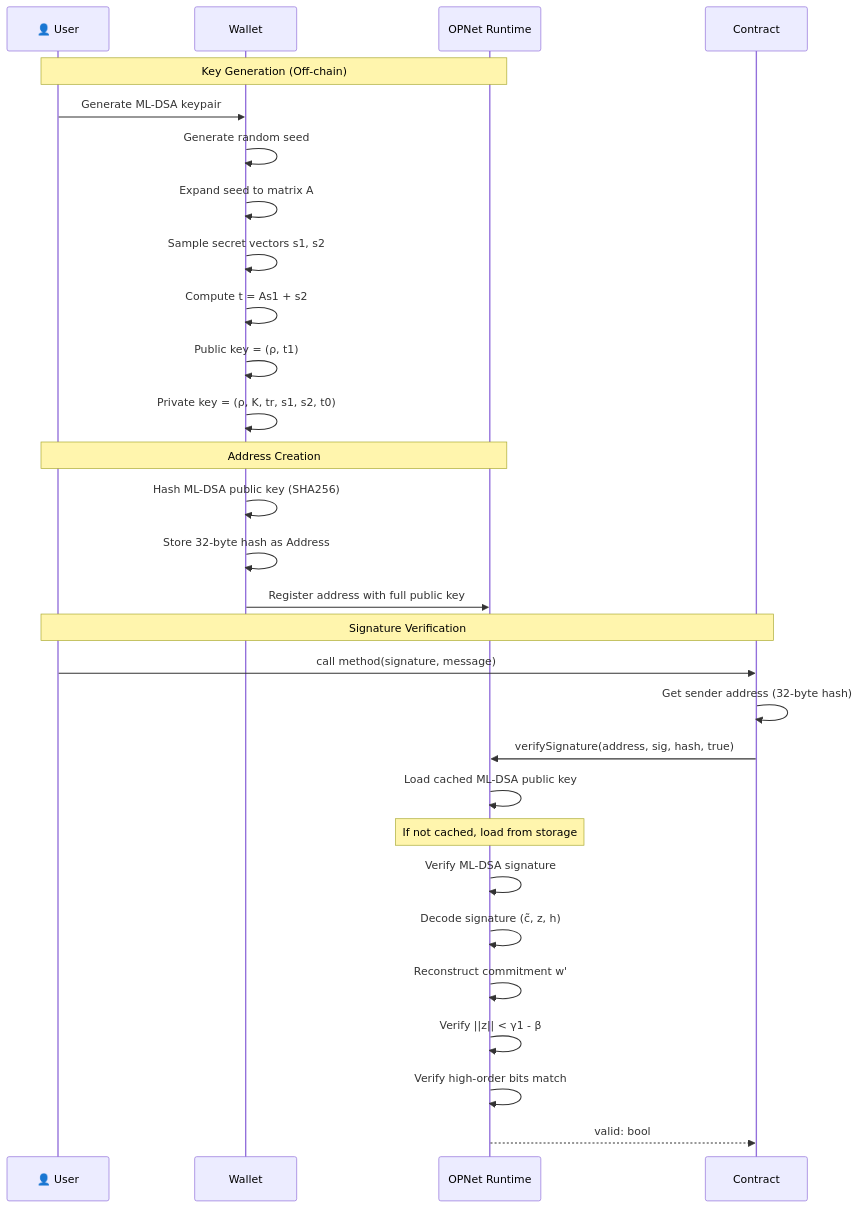
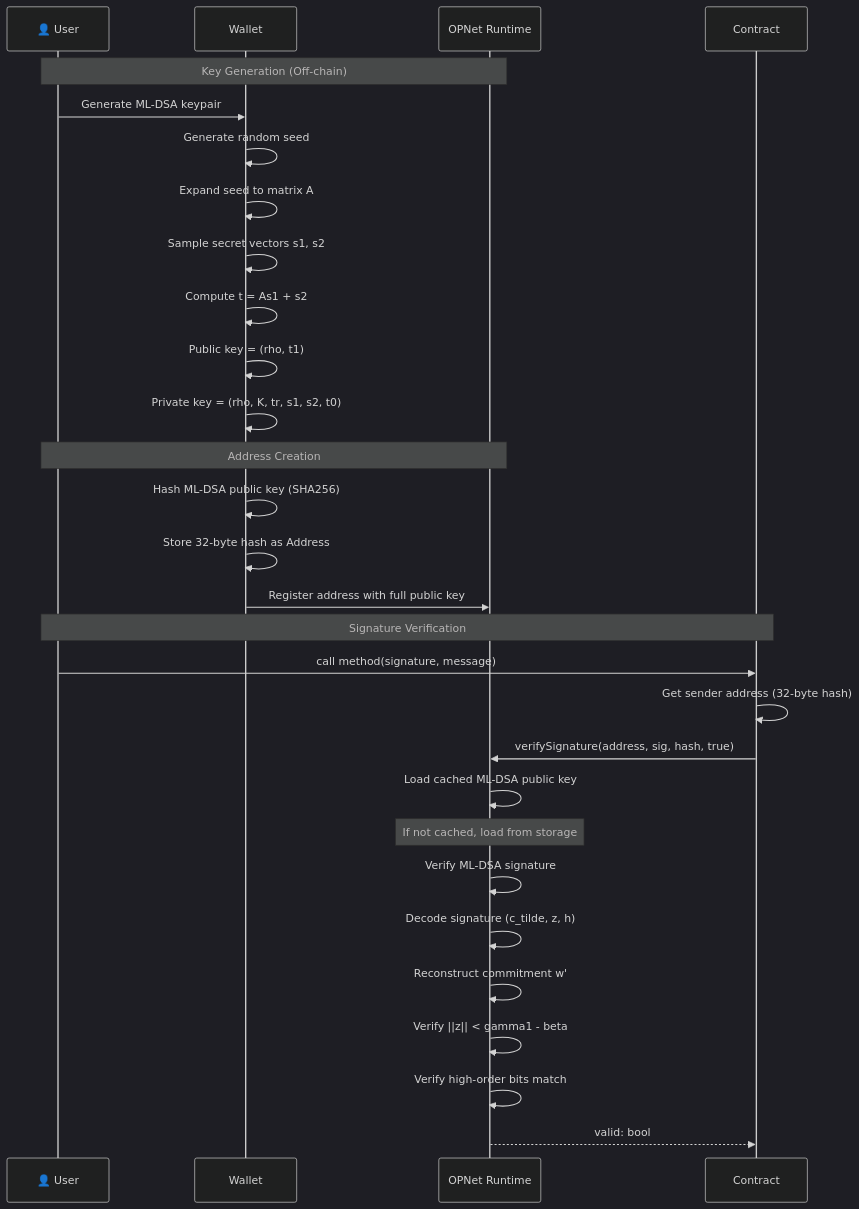
Before and after one commit to btc-vision/btc-runtime: the third of 4 diagrams in docs/advanced/quantum-resistance.md, drawn with Mermaid. The commit also changed other lines of this file and 5 other files, not shown here.

````diff
--- a/docs/advanced/quantum-resistance.md
+++ b/docs/advanced/quantum-resistance.md
@@ -144,34 +209,38 @@
 ```mermaid
+---
+config:
+  theme: dark
+---
 sequenceDiagram
     participant User as 👤 User
     participant Wallet as Wallet
     participant Blockchain as OPNet Runtime
     participant Contract as Contract
 
     Note over User,Blockchain: Key Generation (Off-chain)
     User->>Wallet: Generate ML-DSA keypair
     Wallet->>Wallet: Generate random seed
     Wallet->>Wallet: Expand seed to matrix A
     Wallet->>Wallet: Sample secret vectors s1, s2
     Wallet->>Wallet: Compute t = As1 + s2
-    Wallet->>Wallet: Public key = (ρ, t1)
-    Wallet->>Wallet: Private key = (ρ, K, tr, s1, s2, t0)
+    Wallet->>Wallet: Public key = (rho, t1)
+    Wallet->>Wallet: Private key = (rho, K, tr, s1, s2, t0)
 
     Note over User,Blockchain: Address Creation
     Wallet->>Wallet: Hash ML-DSA public key (SHA256)
     Wallet->>Wallet: Store 32-byte hash as Address
     Wallet->>Blockchain: Register address with full public key
 
     Note over User,Contract: Signature Verification
     User->>Contract: call method(signature, message)
     Contract->>Contract: Get sender address (32-byte hash)
     Contract->>Blockchain: verifySignature(address, sig, hash, true)
     Blockchain->>Blockchain: Load cached ML-DSA public key
     Note over Blockchain: If not cached, load from storage
     Blockchain->>Blockchain: Verify ML-DSA signature
-    Blockchain->>Blockchain: Decode signature (c̃, z, h)
+    Blockchain->>Blockchain: Decode signature (c_tilde, z, h)
     Blockchain->>Blockchain: Reconstruct commitment w'
-    Blockchain->>Blockchain: Verify ||z|| < γ1 - β
+    Blockchain->>Blockchain: Verify ||z|| < gamma1 - beta
     Blockchain->>Blockchain: Verify high-order bits match
     Blockchain-->>Contract: valid: bool
 ```
````
